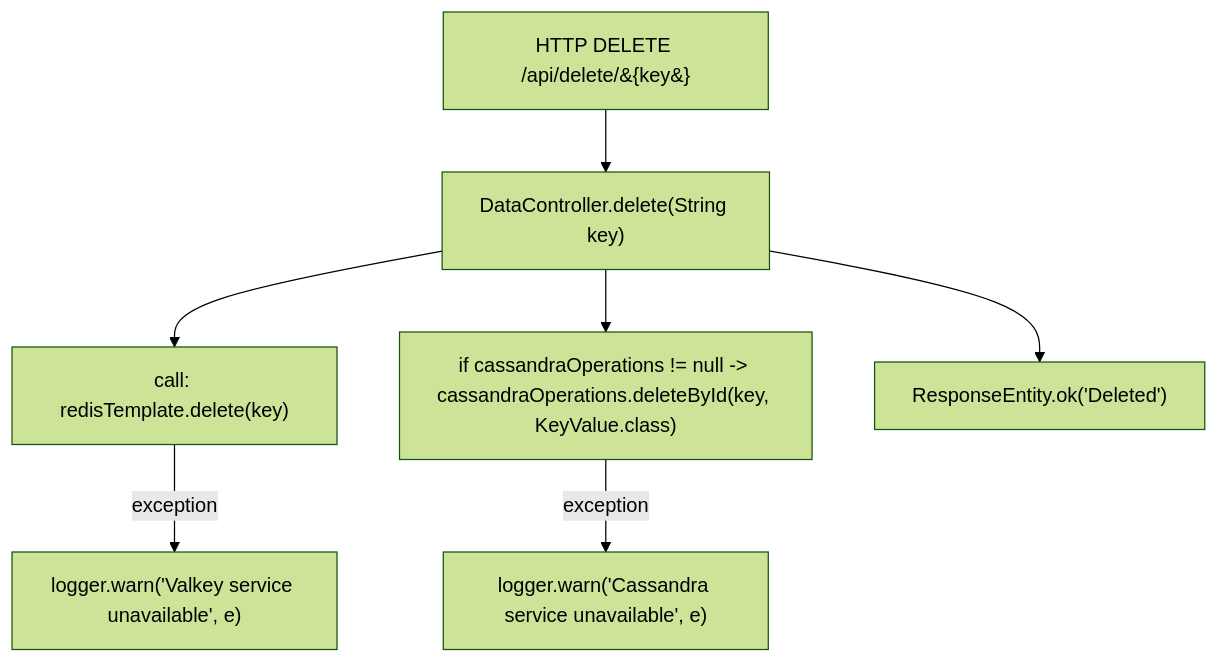
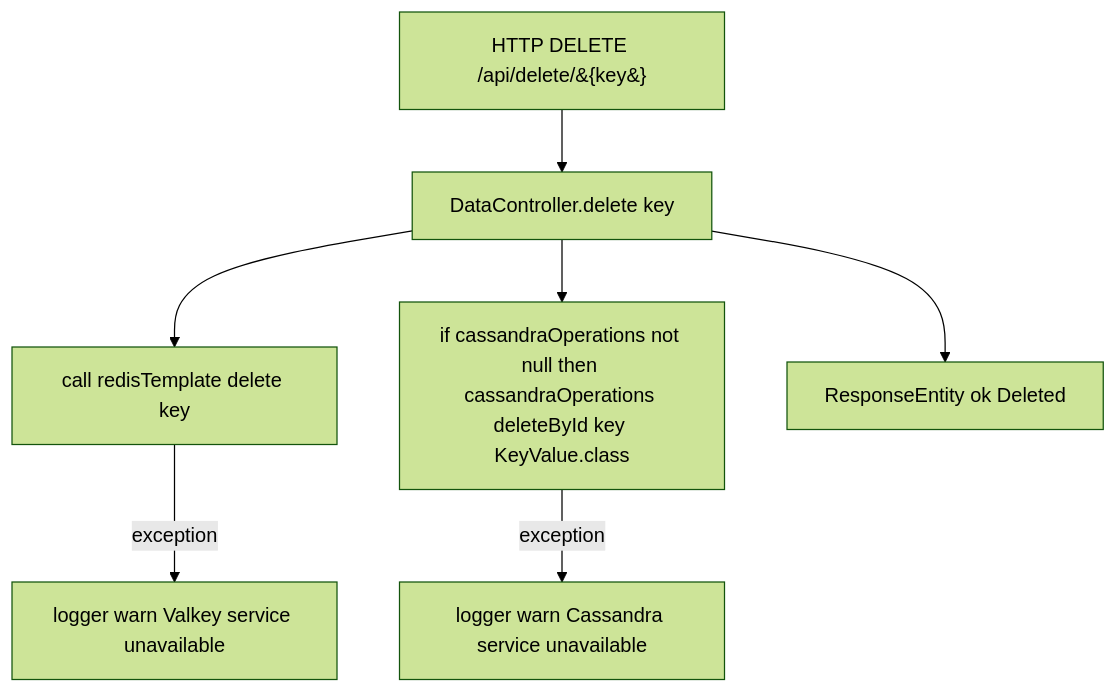
One commit to platformbuilds/miradorstack-playground changed the fifth of 5 diagrams in dev/app.md. Above: the diagram before and after it, drawn with Mermaid (forest theme). The commit also changed other lines of this file, not shown here.

Commit message:
fix(docs): sanitize mermaid node labels for GitHub rendering

````diff
--- a/dev/app.md
+++ b/dev/app.md
@@ -139,11 +139,11 @@
 ```mermaid
 flowchart TD
   A[HTTP DELETE /api/delete/&#123;key&#125;]
-  B["DataController.delete(String key)"]
+  B[DataController.delete key]
   A --> B
-  B --> C1["call: redisTemplate.delete(key)"]
-  C1 -->|exception| C1e["logger.warn('Valkey service unavailable', e)"]
-  B --> C2["if cassandraOperations != null -> cassandraOperations.deleteById(key, KeyValue.class)"]
-  C2 -->|exception| C2e["logger.warn('Cassandra service unavailable', e)"]
-  B --> D["ResponseEntity.ok('Deleted')"]
+  B --> C1[call redisTemplate delete key]
+  C1 -->|exception| C1e[logger warn Valkey service unavailable]
+  B --> C2[if cassandraOperations not null then cassandraOperations deleteById key KeyValue.class]
+  C2 -->|exception| C2e[logger warn Cassandra service unavailable]
+  B --> D[ResponseEntity ok Deleted]
 ```
````
